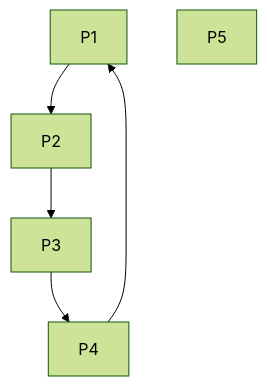
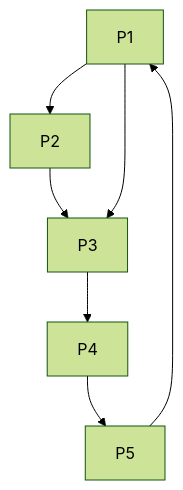
Before and after one commit to EmptyBlueBox/Blog: the fifth of 16 diagrams in src/content/post/operating_systems_note_11-zh.mdx, drawn with Mermaid (forest theme). The commit also changed other lines of this file and 1 other file, not shown here.

````diff
--- a/src/content/post/operating_systems_note_11-zh.mdx
+++ b/src/content/post/operating_systems_note_11-zh.mdx
@@ -561,5 +563,5 @@
-    ```mermaid
-    graph TD
-        P1 --> P2 --> P3 --> P4 --> P1
-        P5
-    ```
+```mermaid
+graph TD
+    P1 --> P2 --> P3 --> P4 --> P5 --> P1
+    P1 --> P3
+```
````
